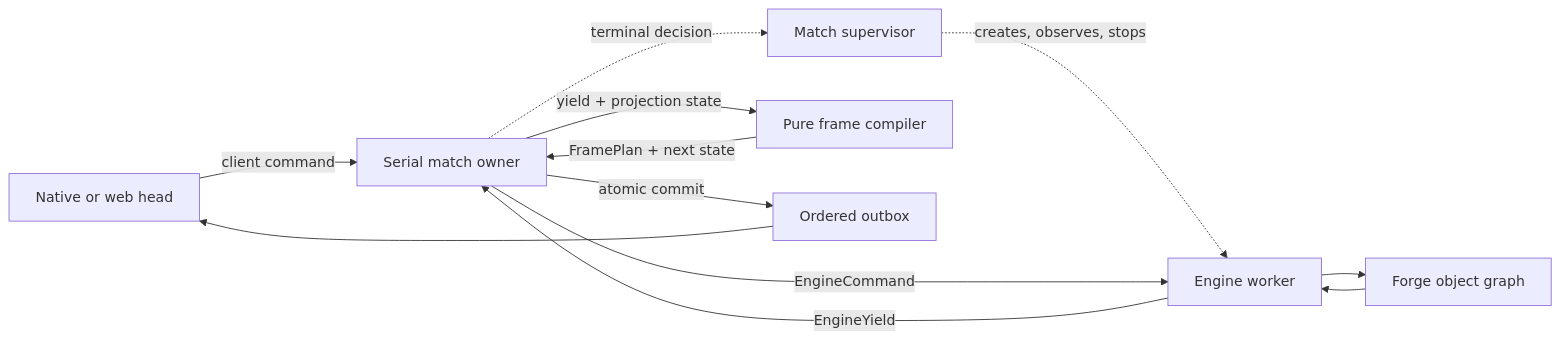
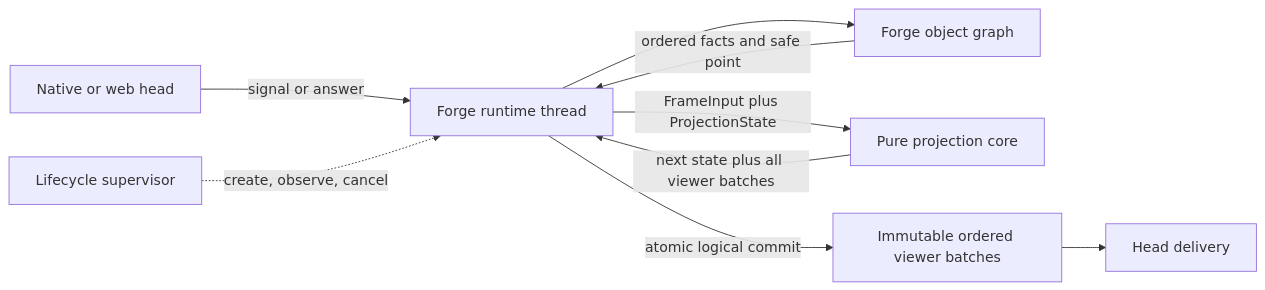
One commit to delebedev/leyline changed the diagram in docs/architecture-direction.md. Above: the diagram before and after it, drawn with Mermaid. The commit also changed other lines of this file and 5 other files, not shown here.

Commit message:
docs(architecture): adopt functional core and Forge shell

````diff
--- a/docs/architecture-direction.md
+++ b/docs/architecture-direction.md
@@ -28,14 +40,11 @@
 ```mermaid
 flowchart LR
-    H[Native or web head] -->|client command| M[Serial match owner]
-    M -. terminal decision .-> S[Match supervisor]
-    S -. creates, observes, stops .-> W[Engine worker]
-    M -->|EngineCommand| W
-    W --> F[Forge object graph]
-    F --> W
-    W -->|EngineYield| M
-    M -->|yield + projection state| P[Pure frame compiler]
-    P -->|FramePlan + next state| M
-    M -->|atomic commit| O[Ordered outbox]
-    O --> H
+    H[Native or web head] -->|signal or answer| R[Forge runtime thread]
+    R --> F[Forge object graph]
+    F -->|ordered facts and safe point| R
+    R -->|FrameInput plus ProjectionState| P[Pure projection core]
+    P -->|next state plus all viewer batches| R
+    R -->|atomic logical commit| B[Immutable ordered viewer batches]
+    B --> D[Head delivery]
+    S[Lifecycle supervisor] -. create, observe, cancel .-> R
 ```
````
